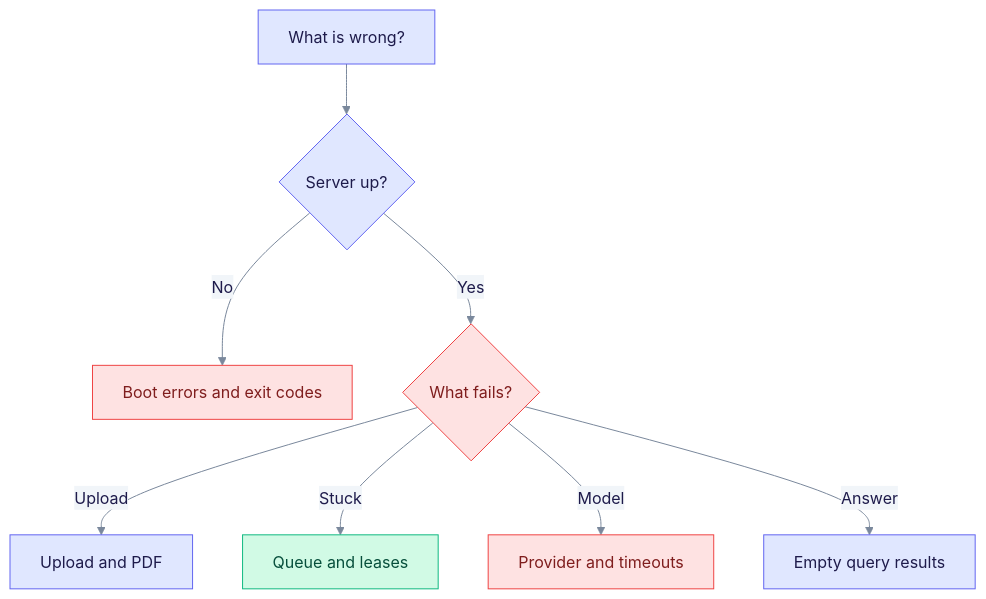
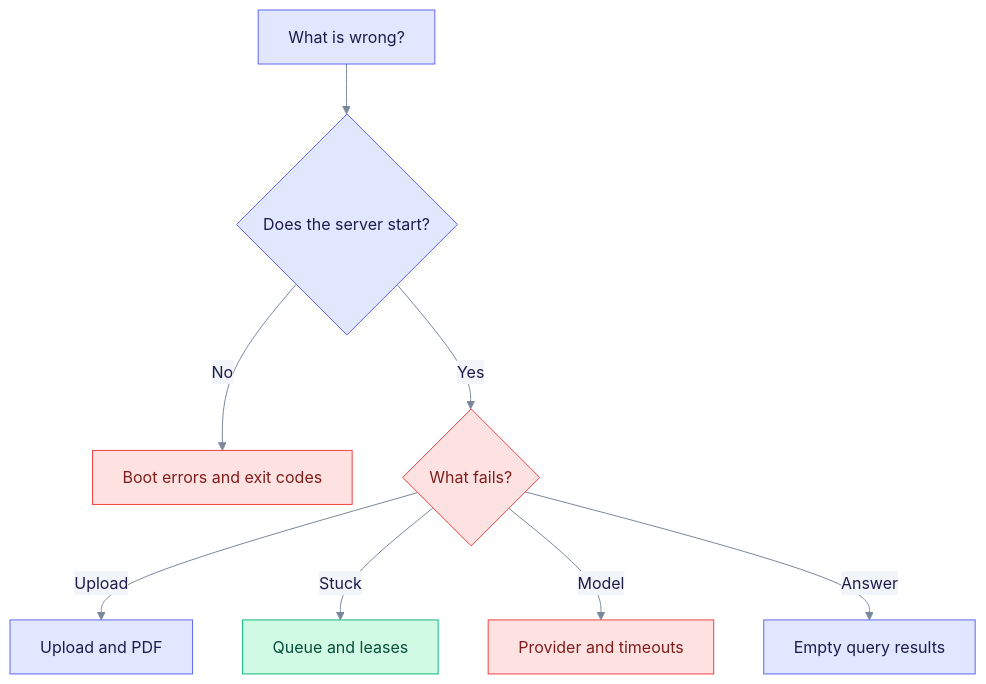
Before and after one commit to raphaelmansuy/edgequake: the diagram in docs/troubleshooting/index.md, drawn with Mermaid. The commit also changed other lines of this file and 194 other files, not shown here.

First line of the commit message:
Refresh docs against code and rebuild schema E/R as progressive steps

````diff
--- a/docs/troubleshooting/index.md
+++ b/docs/troubleshooting/index.md
@@ -29,17 +29,17 @@
 ```mermaid
 %%{init: {"theme":"base","themeVariables":{"primaryColor":"#E0E7FF","primaryBorderColor":"#6366F1","primaryTextColor":"#1E1B4B","secondaryColor":"#D1FAE5","secondaryBorderColor":"#10B981","secondaryTextColor":"#064E3B","tertiaryColor":"#FEF3C7","tertiaryBorderColor":"#F59E0B","tertiaryTextColor":"#6B7A90","lineColor":"#7A889C","clusterBkg":"rgba(99,102,241,0.07)","clusterBorder":"#A5B4FC","noteBkgColor":"#FEF9C3","noteTextColor":"#422006","textColor":"#6B7A90","titleColor":"#6B7A90","signalColor":"#7A889C","signalTextColor":"#6B7A90","loopTextColor":"#6B7A90","edgeLabelBackground":"#F1F5F9","actorLineColor":"#94A3B8"}}}%%
 %% eq-theme:v1
 flowchart TD
-  A["What is wrong?"] --> B{"Server up?"}
+  A["What is wrong?"] --> B{"Does the server start?"}
   B -->|No| C["Boot errors and exit codes"]
   B -->|Yes| D{"What fails?"}
   D -->|Upload| E["Upload and PDF"]
   D -->|Stuck| F["Queue and leases"]
   D -->|Model| G["Provider and timeouts"]
   D -->|Answer| H["Empty query results"]
 %% eq-classes
 classDef eqBad fill:#FEE2E2,stroke:#EF4444,color:#7F1D1D
 classDef eqStore fill:#D1FAE5,stroke:#10B981,color:#064E3B
 class C,D,G eqBad
 class F eqStore
 ```
````
